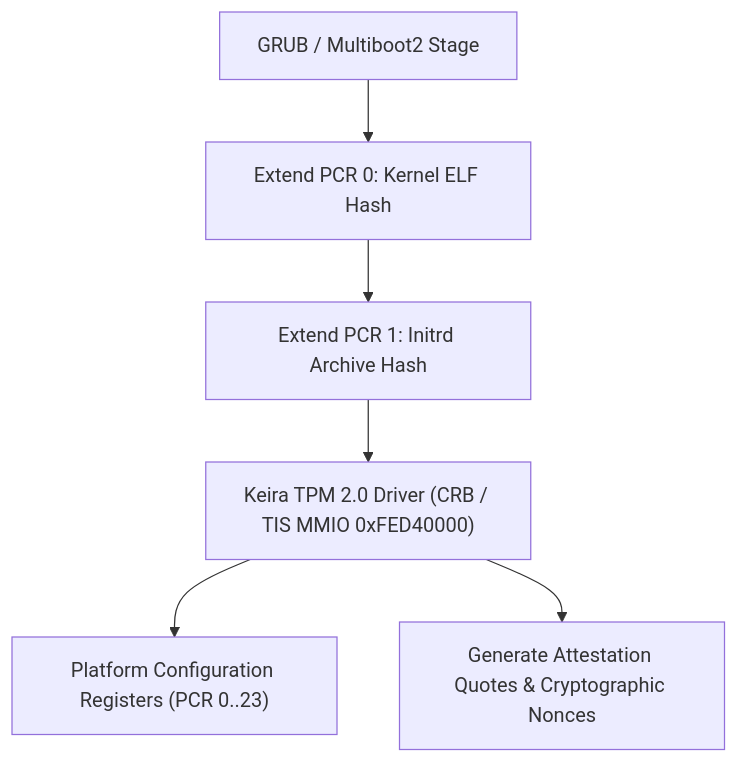
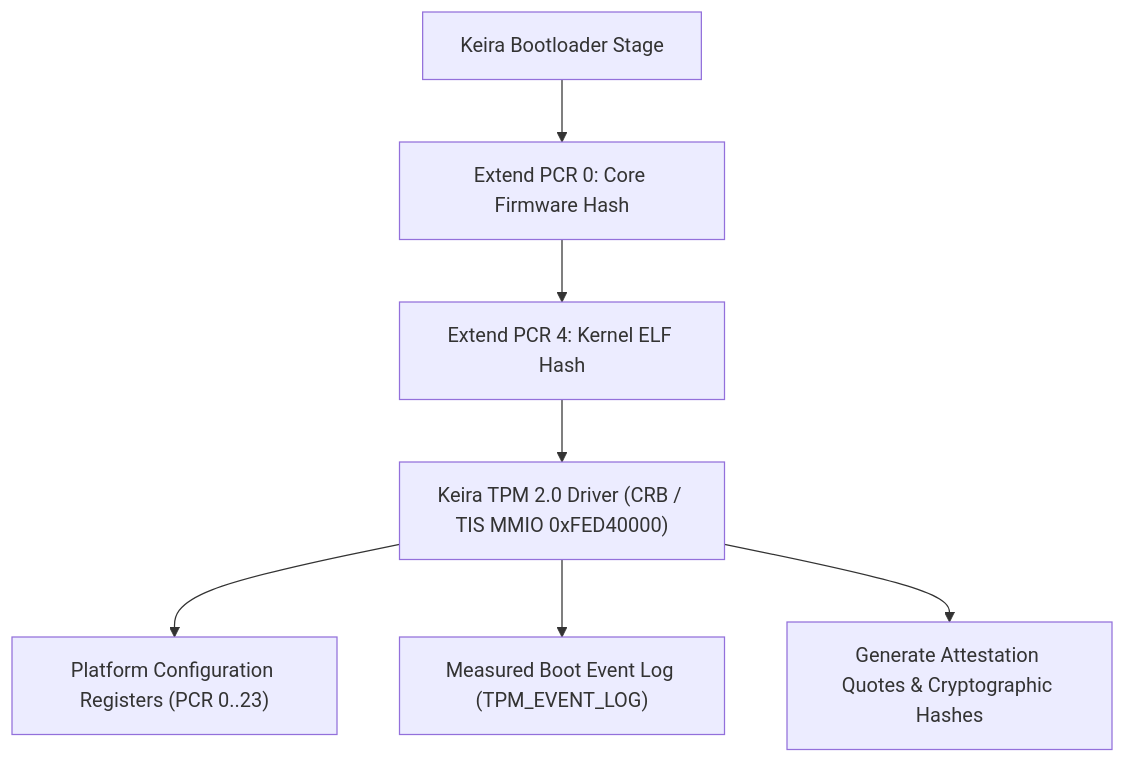
The diagram in docs/crypto/tpm.md (mrvlous/keira), drawn with Mermaid before and after one commit. The commit also changed other lines of this file and 21 other files, not shown here.

````diff
--- a/docs/crypto/tpm.md
+++ b/docs/crypto/tpm.md
@@ -11,8 +11,9 @@
 ```mermaid
 graph TD
-    Bootloader["GRUB / Multiboot2 Stage"] --> MeasureKernel["Extend PCR 0: Kernel ELF Hash"]
-    MeasureKernel --> InitrdMeasure["Extend PCR 1: Initrd Archive Hash"]
-    InitrdMeasure --> TPMDriver["Keira TPM 2.0 Driver (CRB / TIS MMIO 0xFED40000)"]
+    Firmware["Keira Bootloader Stage"] --> MeasureBIOS["Extend PCR 0: Core Firmware Hash"]
+    MeasureBIOS --> MeasureKernel["Extend PCR 4: Kernel ELF Hash"]
+    MeasureKernel --> TPMDriver["Keira TPM 2.0 Driver (CRB / TIS MMIO 0xFED40000)"]
     TPMDriver --> PCRs["Platform Configuration Registers (PCR 0..23)"]
-    TPMDriver --> Quote["Generate Attestation Quotes & Cryptographic Nonces"]
+    TPMDriver --> EventLog["Measured Boot Event Log (TPM_EVENT_LOG)"]
+    TPMDriver --> Quote["Generate Attestation Quotes & Cryptographic Hashes"]
 ```
````
